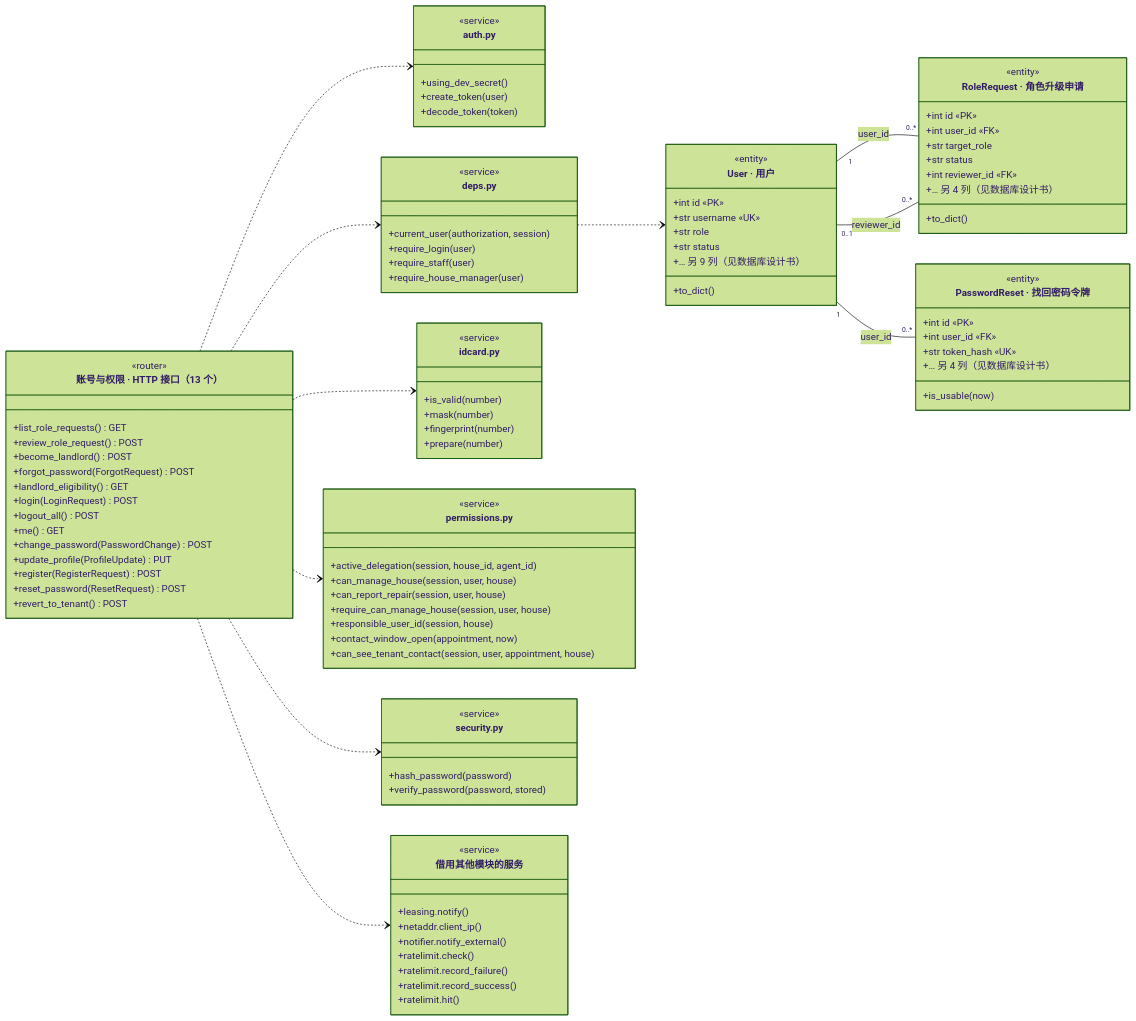
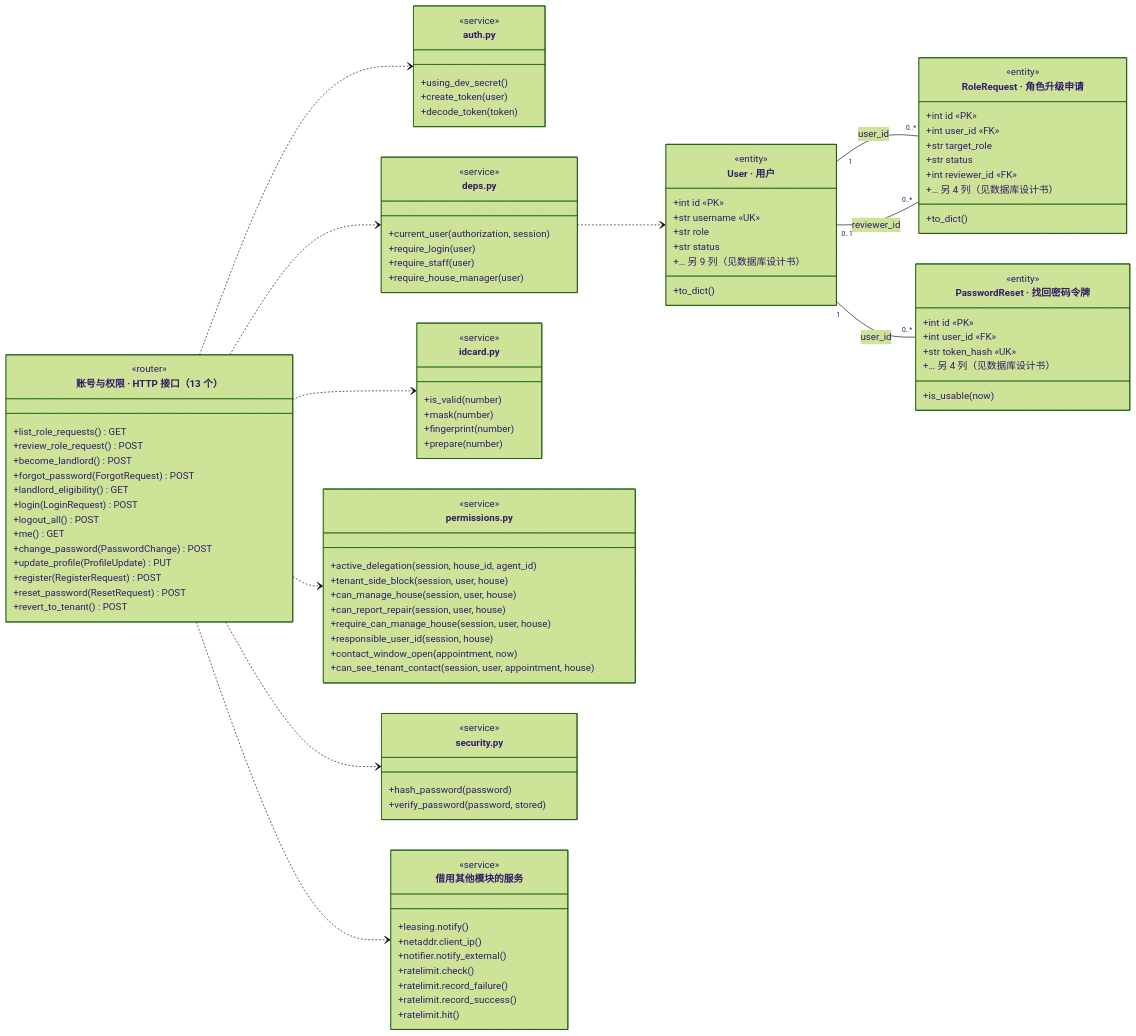
One commit to A107586/ai-house-rental changed the diagram in docs/图/class_account.mmd. Above: the diagram before and after it, drawn with Mermaid (forest theme). The commit also changed 27 other files, not shown here.

```diff
--- a/docs/图/class_account.mmd
+++ b/docs/图/class_account.mmd
@@ -1,100 +1,101 @@
 classDiagram
     direction LR
     class Api["账号与权限 · HTTP 接口（13 个）"] {
         <<router>>
         +list_role_requests() GET
         +review_role_request() POST
         +become_landlord() POST
         +forgot_password(ForgotRequest) POST
         +landlord_eligibility() GET
         +login(LoginRequest) POST
         +logout_all() POST
         +me() GET
         +change_password(PasswordChange) POST
         +update_profile(ProfileUpdate) PUT
         +register(RegisterRequest) POST
         +reset_password(ResetRequest) POST
         +revert_to_tenant() POST
     }
     class m_auth["auth.py"] {
         <<service>>
         +using_dev_secret()
         +create_token(user)
         +decode_token(token)
     }
     Api ..> m_auth
     class m_deps["deps.py"] {
         <<service>>
         +current_user(authorization, session)
         +require_login(user)
         +require_staff(user)
         +require_house_manager(user)
     }
     Api ..> m_deps
     class m_idcard["idcard.py"] {
         <<service>>
         +is_valid(number)
         +mask(number)
         +fingerprint(number)
         +prepare(number)
     }
     Api ..> m_idcard
     class m_permissions["permissions.py"] {
         <<service>>
         +active_delegation(session, house_id, agent_id)
+        +tenant_side_block(session, user, house)
         +can_manage_house(session, user, house)
         +can_report_repair(session, user, house)
         +require_can_manage_house(session, user, house)
         +responsible_user_id(session, house)
         +contact_window_open(appointment, now)
         +can_see_tenant_contact(session, user, appointment, house)
     }
     Api ..> m_permissions
     class m_security["security.py"] {
         <<service>>
         +hash_password(password)
         +verify_password(password, stored)
     }
     Api ..> m_security
     class m_shared["借用其他模块的服务"] {
         <<service>>
         +leasing.notify()
         +netaddr.client_ip()
         +notifier.notify_external()
         +ratelimit.check()
         +ratelimit.record_failure()
         +ratelimit.record_success()
         +ratelimit.hit()
     }
     Api ..> m_shared
     class User["User · 用户"] {
         <<entity>>
         +int id «PK»
         +str username «UK»
         +str role
         +str status
         +… 另 9 列（见数据库设计书）
         +to_dict()
     }
     class RoleRequest["RoleRequest · 角色升级申请"] {
         <<entity>>
         +int id «PK»
         +int user_id «FK»
         +str target_role
         +str status
         +int reviewer_id «FK»
         +… 另 4 列（见数据库设计书）
         +to_dict()
     }
     class PasswordReset["PasswordReset · 找回密码令牌"] {
         <<entity>>
         +int id «PK»
         +int user_id «FK»
         +str token_hash «UK»
         +… 另 4 列（见数据库设计书）
         +is_usable(now)
     }
     User "1" -- "0..*" RoleRequest : user_id
     User "0..1" -- "0..*" RoleRequest : reviewer_id
     User "1" -- "0..*" PasswordReset : user_id
     m_deps ..> User
```
